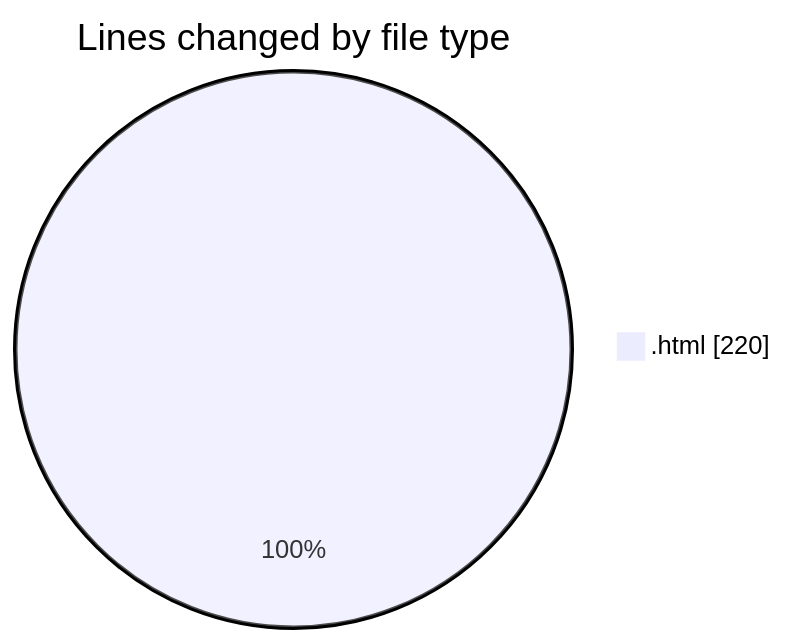
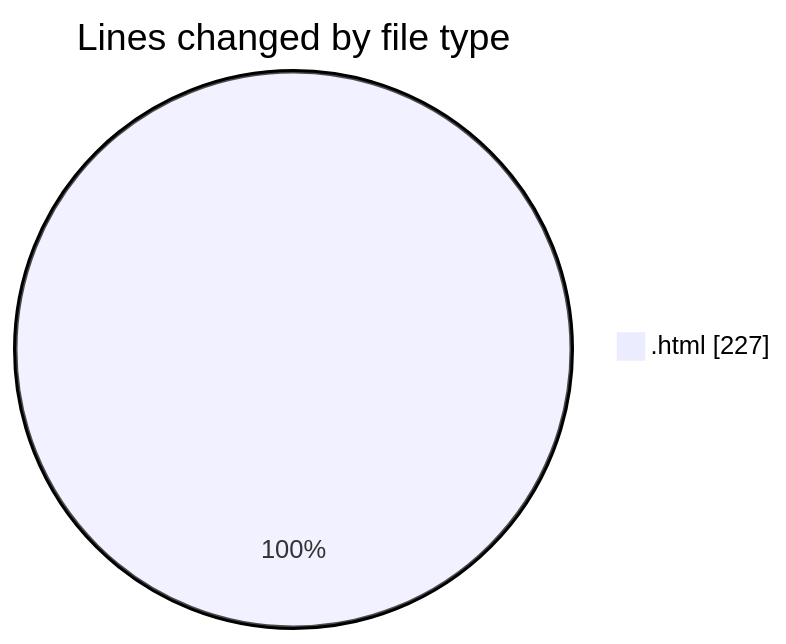
Before and after one commit to LanceThiago/code-tracking: the first of 2 diagrams in 2025-01-07/nueva_carpeta/README.md, drawn with Mermaid. The commit also changed other lines of this file and 1 other file, not shown here.

````diff
--- a/2025-01-07/nueva_carpeta/README.md
+++ b/2025-01-07/nueva_carpeta/README.md
@@ -20,5 +20,5 @@
 ```mermaid
 pie showData
 title Lines changed by file type
-".html" : 220
+".html" : 227
 ```
````
